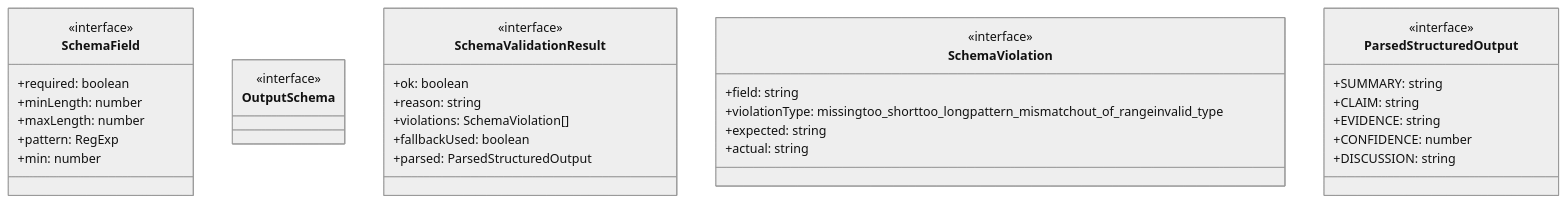
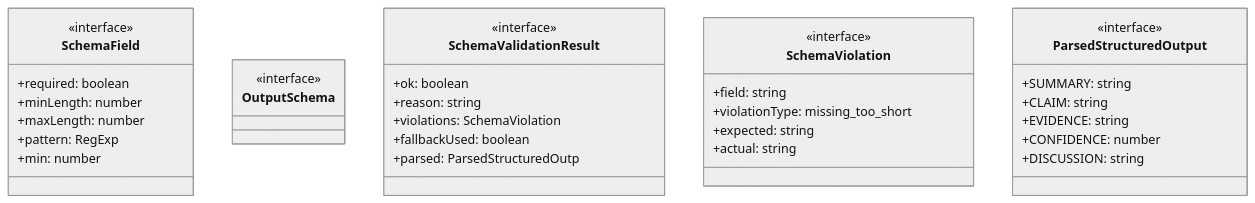
The first of 4 diagrams in ABDD/.pi/lib/output-schema.md (Mekann2904/mekann), drawn with Mermaid (neutral theme) before and after one commit. The commit also changed other lines of this file and 174 other files, not shown here.

First line of the commit message:
fix(docs): ABDDのMermaid図生成エラーを修正する

````diff
--- a/ABDD/.pi/lib/output-schema.md
+++ b/ABDD/.pi/lib/output-schema.md
@@ -52,37 +52,37 @@
 ```mermaid
 classDiagram
   class SchemaField {
     <<interface>>
     +required: boolean
     +minLength: number
     +maxLength: number
     +pattern: RegExp
     +min: number
   }
   class OutputSchema {
     <<interface>>
   }
   class SchemaValidationResult {
     <<interface>>
     +ok: boolean
     +reason: string
-    +violations: SchemaViolation[]
+    +violations: SchemaViolation
     +fallbackUsed: boolean
-    +parsed: ParsedStructuredOutput
+    +parsed: ParsedStructuredOutp
   }
   class SchemaViolation {
     <<interface>>
     +field: string
-    +violationType: missingtoo_shorttoo_longpattern_mismatchout_of_rangeinvalid_type
+    +violationType: missing_too_short
     +expected: string
     +actual: string
   }
   class ParsedStructuredOutput {
     <<interface>>
     +SUMMARY: string
     +CLAIM: string
     +EVIDENCE: string
     +CONFIDENCE: number
     +DISCUSSION: string
   }
 ```
````
